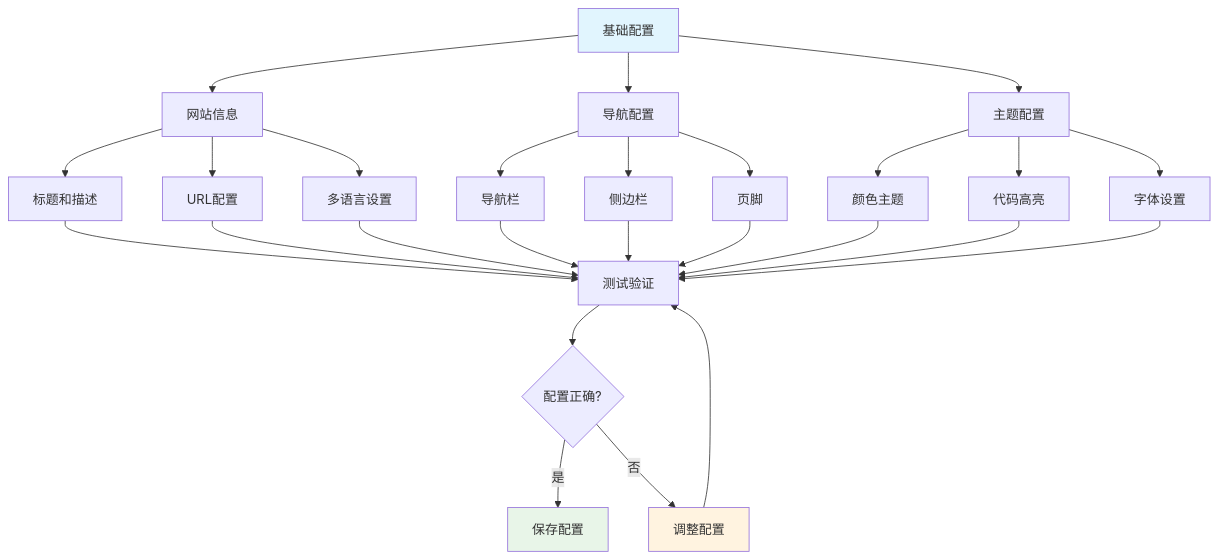
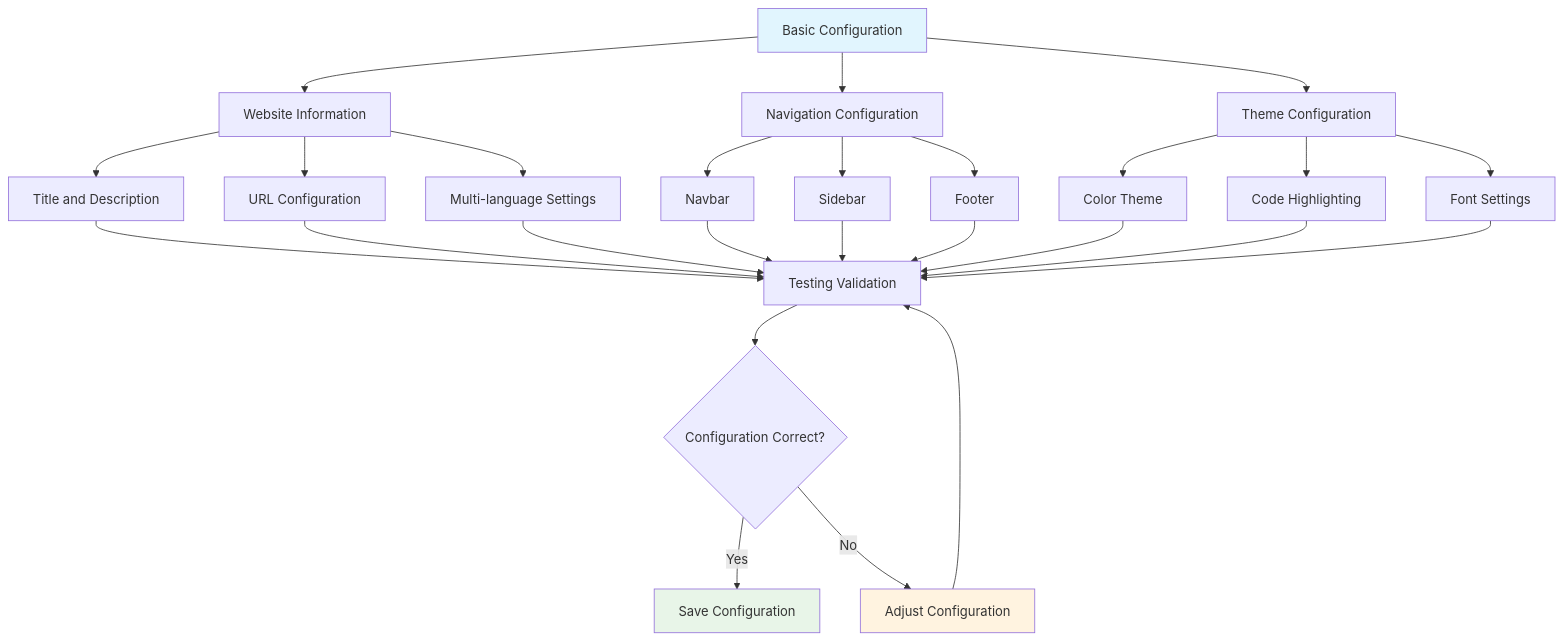
Before and after one commit to ChanMeng666/ai-programming-teaching-project: the fourth of 10 diagrams in i18n/en/docusaurus-plugin-content-docs/version-2024-winter/tutorials/docusaurus-tutorial.mdx, drawn with Mermaid. The commit also changed other lines of this file and 11 other files, not shown here.

````diff
--- a/i18n/en/docusaurus-plugin-content-docs/version-2024-winter/tutorials/docusaurus-tutorial.mdx
+++ b/i18n/en/docusaurus-plugin-content-docs/version-2024-winter/tutorials/docusaurus-tutorial.mdx
@@ -268,37 +268,37 @@
 ```mermaid
 flowchart TD
-    A[基础配置] --> B[网站信息]
-    A --> C[导航配置]
-    A --> D[主题配置]
-    
-    B --> B1[标题和描述]
-    B --> B2[URL配置]
-    B --> B3[多语言设置]
-    
-    C --> C1[导航栏]
-    C --> C2[侧边栏]
-    C --> C3[页脚]
-    
-    D --> D1[颜色主题]
-    D --> D2[代码高亮]
-    D --> D3[字体设置]
-    
-    B1 --> E[测试验证]
+    A[Basic Configuration] --> B[Website Information]
+    A --> C[Navigation Configuration]
+    A --> D[Theme Configuration]
+
+    B --> B1[Title and Description]
+    B --> B2[URL Configuration]
+    B --> B3[Multi-language Settings]
+
+    C --> C1[Navbar]
+    C --> C2[Sidebar]
+    C --> C3[Footer]
+
+    D --> D1[Color Theme]
+    D --> D2[Code Highlighting]
+    D --> D3[Font Settings]
+
+    B1 --> E[Testing Validation]
     B2 --> E
     B3 --> E
     C1 --> E
     C2 --> E
     C3 --> E
     D1 --> E
     D2 --> E
     D3 --> E
-    
-    E --> F{配置正确?}
-    F -->|是| G[保存配置]
-    F -->|否| H[调整配置]
+
+    E --> F{Configuration Correct?}
+    F -->|Yes| G[Save Configuration]
+    F -->|No| H[Adjust Configuration]
     H --> E
-    
+
     style A fill:#e1f5fe
     style G fill:#e8f5e8
     style H fill:#fff3e0
 ```
````
